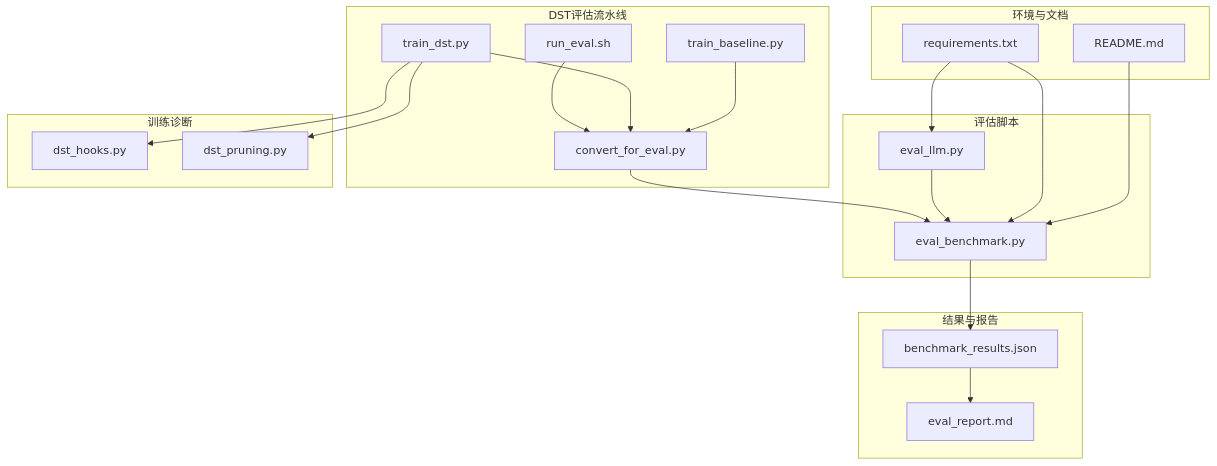
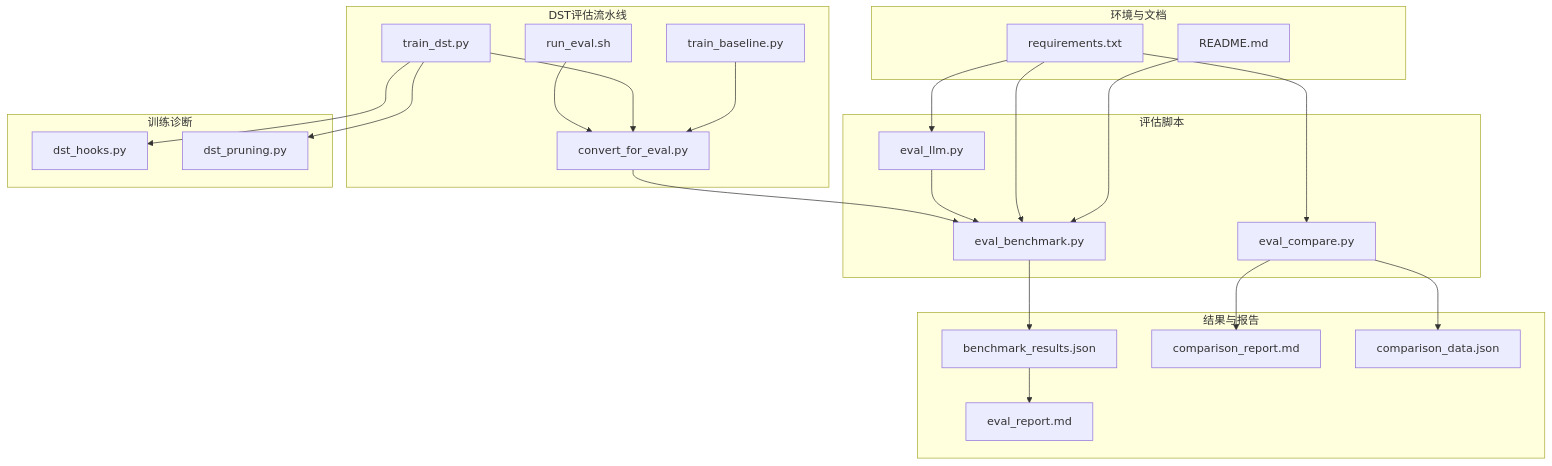
Before and after one commit to shiyukonghui/minimind: the first of 8 diagrams in .qoder/repowiki/zh/content/实验与评估/性能评估.md, drawn with Mermaid. The commit also changed other lines of this file and 5 other files, not shown here.

````diff
--- a/.qoder/repowiki/zh/content/实验与评估/性能评估.md
+++ b/.qoder/repowiki/zh/content/实验与评估/性能评估.md
@@ -43,37 +51,43 @@
 ```mermaid
 graph TB
 subgraph "评估脚本"
 EB["eval_benchmark.py"]
 EL["eval_llm.py"]
+EC["eval_compare.py"]
 end
 subgraph "结果与报告"
 BR["benchmark_results.json"]
+CR["comparison_report.md"]
+CD["comparison_data.json"]
 ER["eval_report.md"]
 end
 subgraph "DST评估流水线"
 RE["run_eval.sh"]
 CF["convert_for_eval.py"]
 TD["train_dst.py"]
 TB["train_baseline.py"]
 end
 subgraph "训练诊断"
 DH["dst_hooks.py"]
 DP["dst_pruning.py"]
 end
 subgraph "环境与文档"
 REQ["requirements.txt"]
 RM["README.md"]
 end
 RE --> CF
 CF --> EB
 TD --> CF
 TB --> CF
 EB --> BR
+EC --> CR
+EC --> CD
 BR --> ER
 TD --> DH
 TD --> DP
 EL --> EB
 REQ --> EB
+REQ --> EC
 REQ --> EL
 RM --> EB
 ```
````
